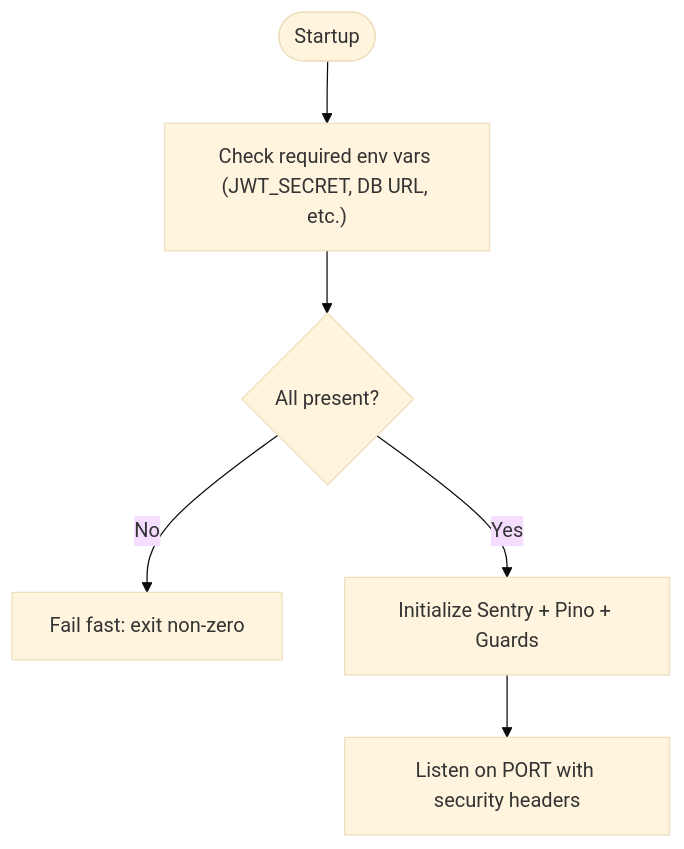
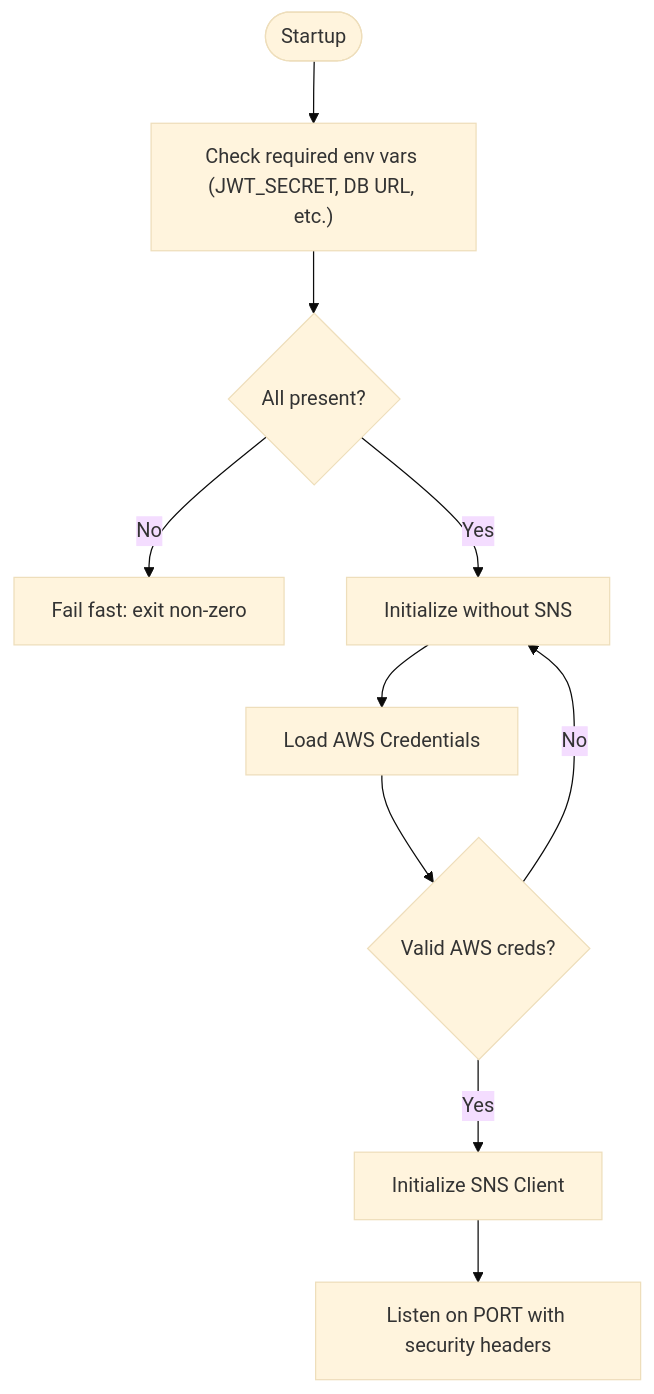
The tenth of 12 diagrams in .qoder/repowiki/en/content/System Architecture/Deployment & Infrastructure.md (statgod6/4ever), drawn with Mermaid (base theme) before and after one commit. The commit also changed other lines of this file and 116 other files, not shown here.

````diff
--- a/.qoder/repowiki/en/content/System Architecture/Deployment & Infrastructure.md
+++ b/.qoder/repowiki/en/content/System Architecture/Deployment & Infrastructure.md
@@ -375,8 +417,12 @@
 ```mermaid
 flowchart TD
 Start(["Startup"]) --> CheckSecrets["Check required env vars (JWT_SECRET, DB URL, etc.)"]
 CheckSecrets --> SecretsOK{"All present?"}
 SecretsOK --> |No| Fail["Fail fast: exit non-zero"]
 SecretsOK --> |Yes| Init["Initialize Sentry + Pino + Guards"]
-Init --> Serve["Listen on PORT with security headers"]
+Init --> CheckAWS["Load AWS Credentials"]
+CheckAWS --> AWSCreds{"Valid AWS creds?"}
+AWSCreds --> |No| Init["Initialize without SNS"]
+AWSCreds --> |Yes| InitSNS["Initialize SNS Client"]
+InitSNS --> Serve["Listen on PORT with security headers"]
 ```
````
